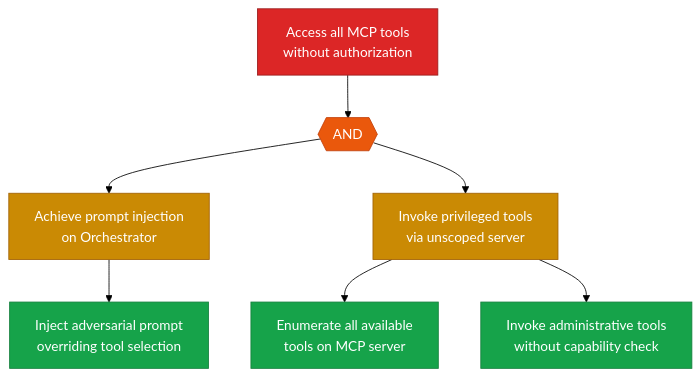
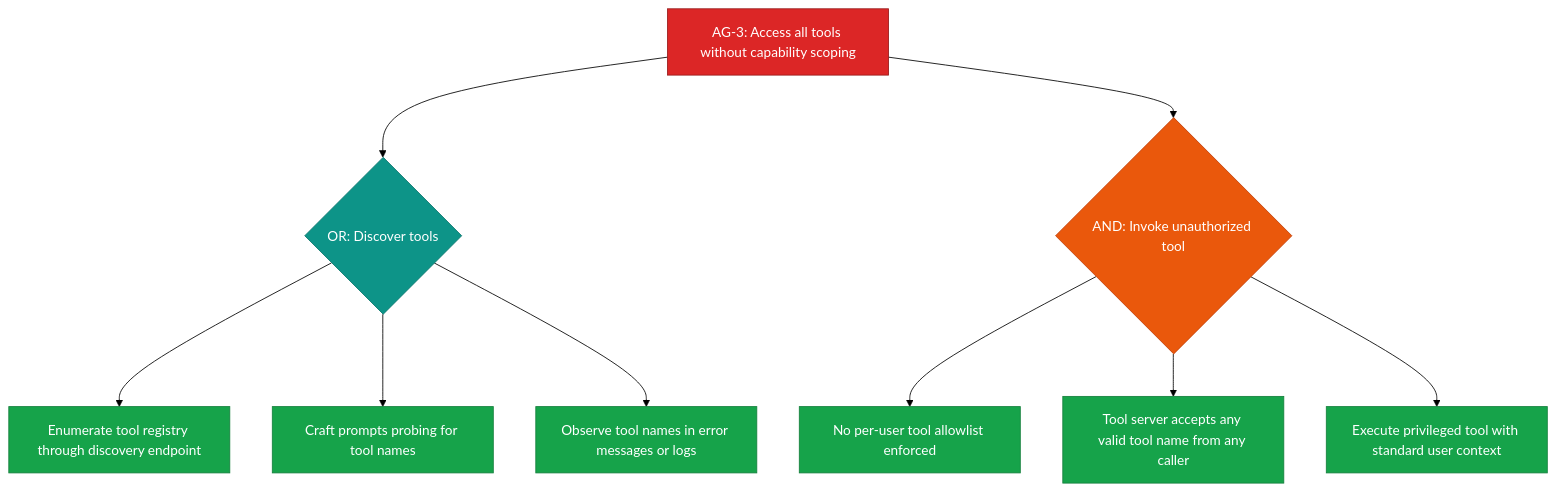
Before and after one commit to q-qp-p/davidmatousek-tachi: the sixth of 7 diagrams in examples/agentic-app/test-output/2026-03-25T12-53-57/threat-report.md, drawn with Mermaid (forest theme). The commit also changed other lines of this file and 42 other files, not shown here.

````diff
--- a/examples/agentic-app/test-output/2026-03-25T12-53-57/threat-report.md
+++ b/examples/agentic-app/test-output/2026-03-25T12-53-57/threat-report.md
@@ -520,24 +413,30 @@
 ```mermaid
 flowchart TD
-    AG3_root["Access all MCP tools\nwithout authorization"]
-    AG3_and1{{"AND"}}
-    AG3_sub1["Achieve prompt injection\non Orchestrator"]
-    AG3_sub2["Invoke privileged tools\nvia unscoped server"]
-    AG3_leaf1["Inject adversarial prompt\noverriding tool selection"]
-    AG3_leaf2["Enumerate all available\ntools on MCP server"]
-    AG3_leaf3["Invoke administrative tools\nwithout capability check"]
+    AG3_root["AG-3: Access all tools without capability scoping"]
+    AG3_or1{"OR: Discover tools"}
+    AG3_leaf1["Enumerate tool registry through discovery endpoint"]
+    AG3_leaf2["Craft prompts probing for tool names"]
+    AG3_leaf3["Observe tool names in error messages or logs"]
+    AG3_and1{"AND: Invoke unauthorized tool"}
+    AG3_leaf4["No per-user tool allowlist enforced"]
+    AG3_leaf5["Tool server accepts any valid tool name from any caller"]
+    AG3_leaf6["Execute privileged tool with standard user context"]
+
+    AG3_root --> AG3_or1
     AG3_root --> AG3_and1
-    AG3_and1 --> AG3_sub1
-    AG3_and1 --> AG3_sub2
-    AG3_sub1 --> AG3_leaf1
-    AG3_sub2 --> AG3_leaf2
-    AG3_sub2 --> AG3_leaf3
-    classDef goal fill:#DC2626,stroke:#991B1B,color:#FFFFFF
-    classDef andGate fill:#EA580C,stroke:#C2410C,color:#FFFFFF
-    classDef leaf fill:#16A34A,stroke:#15803D,color:#FFFFFF
-    classDef sub fill:#CA8A04,stroke:#A16207,color:#FFFFFF
+    AG3_or1 --> AG3_leaf1
+    AG3_or1 --> AG3_leaf2
+    AG3_or1 --> AG3_leaf3
+    AG3_and1 --> AG3_leaf4
+    AG3_and1 --> AG3_leaf5
+    AG3_and1 --> AG3_leaf6
+
+    classDef goal fill:#DC2626,color:#fff,stroke:#991B1B
+    classDef andGate fill:#EA580C,color:#fff,stroke:#C2410C
+    classDef orGate fill:#0D9488,color:#fff,stroke:#0F766E
+    classDef leaf fill:#16A34A,color:#fff,stroke:#15803D
     class AG3_root goal
     class AG3_and1 andGate
-    class AG3_sub1,AG3_sub2 sub
-    class AG3_leaf1,AG3_leaf2,AG3_leaf3 leaf
+    class AG3_or1 orGate
+    class AG3_leaf1,AG3_leaf2,AG3_leaf3,AG3_leaf4,AG3_leaf5,AG3_leaf6 leaf
 ```
````
